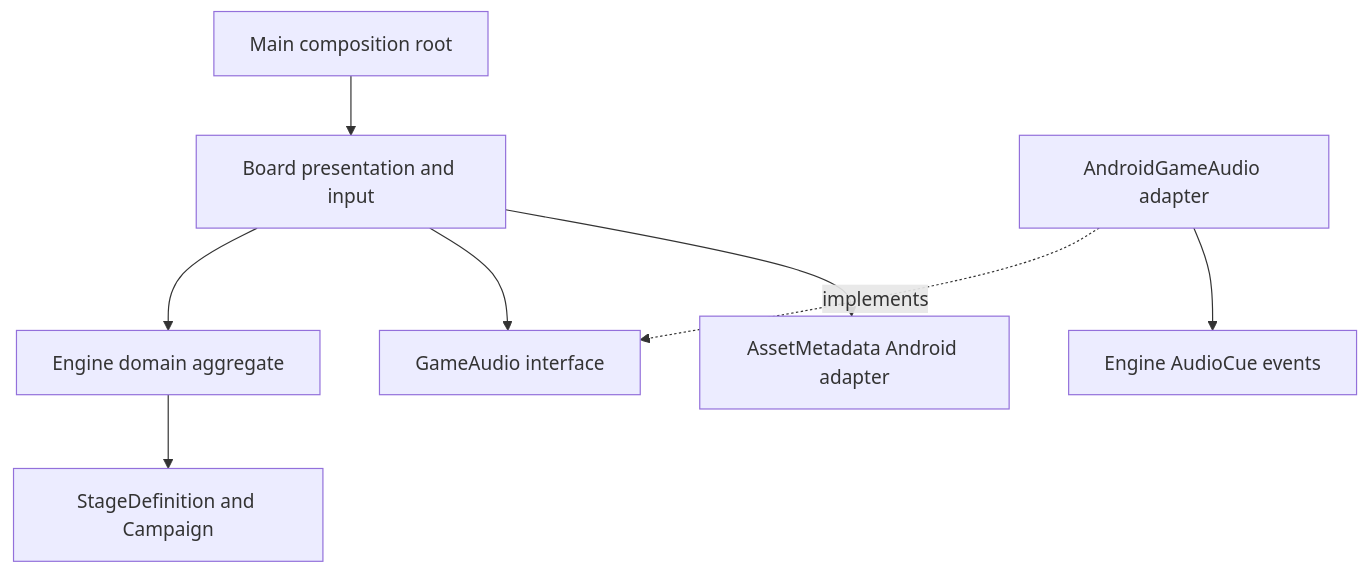
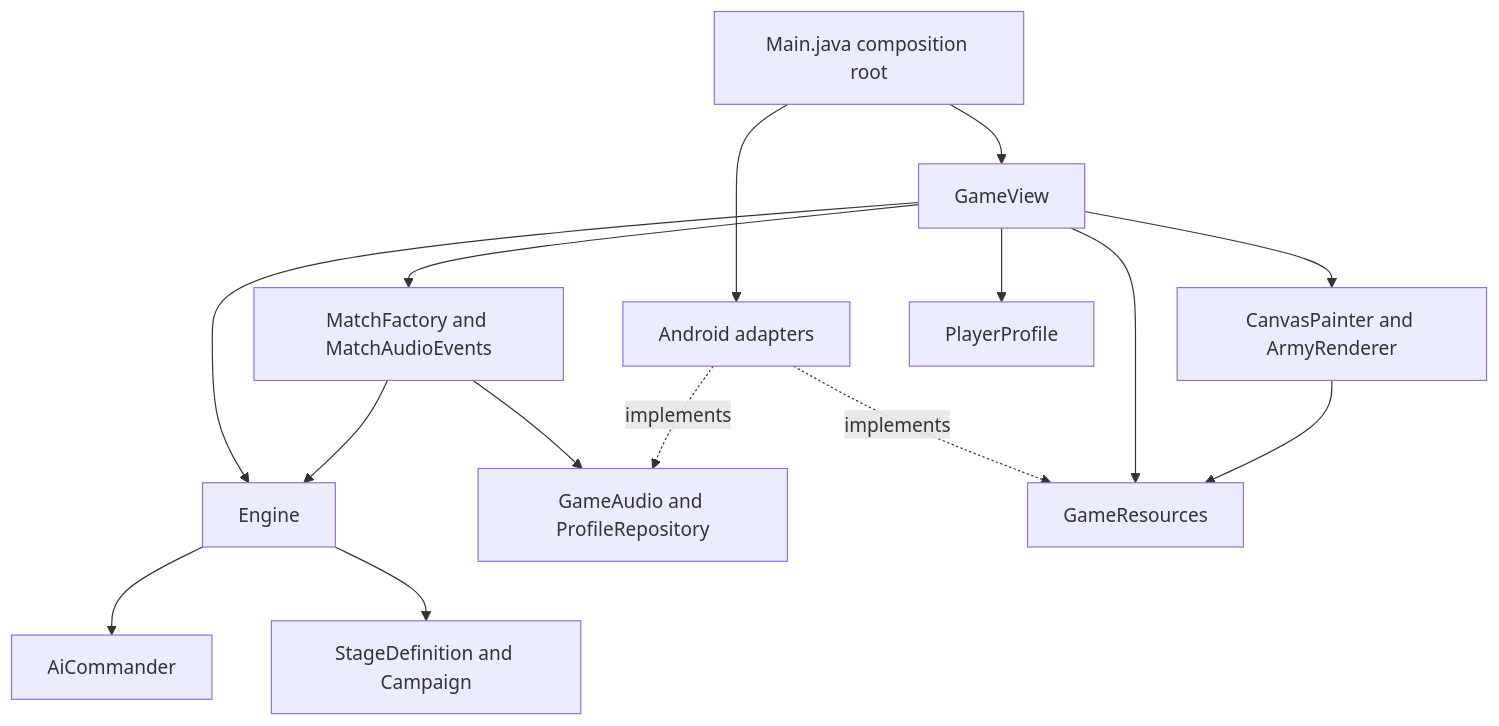
Before and after one commit to evanzzer/castle-games-agent-test: the diagram in docs/architecture.md, drawn with Mermaid. The commit also changed other lines of this file and 51 other files, not shown here.

Commit message:
Separate game responsibilities and group Java sources by layer

````diff
--- a/docs/architecture.md
+++ b/docs/architecture.md
@@ -7,10 +21,17 @@
 ```mermaid
 flowchart TD
-    Main[Main composition root] --> Board[Board presentation and input]
-    Board --> Engine[Engine domain aggregate]
+    Main[Main.java composition root] --> View[GameView]
+    Main --> Android[Android adapters]
+    View --> UseCases[MatchFactory and MatchAudioEvents]
+    View --> Rendering[CanvasPainter and ArmyRenderer]
+    View --> Profile[PlayerProfile]
+    View --> Engine[Engine]
+    UseCases --> Engine
+    UseCases --> Ports[GameAudio and ProfileRepository]
+    Android -. implements .-> Ports
+    Android -. implements .-> Resources[GameResources]
+    View --> Resources
+    Rendering --> Resources
+    Engine --> AI[AiCommander]
     Engine --> Stages[StageDefinition and Campaign]
-    Board --> Port[GameAudio interface]
-    Android[AndroidGameAudio adapter] -. implements .-> Port
-    Android --> Cues[Engine AudioCue events]
-    Board --> Assets[AssetMetadata Android adapter]
 ```
````
